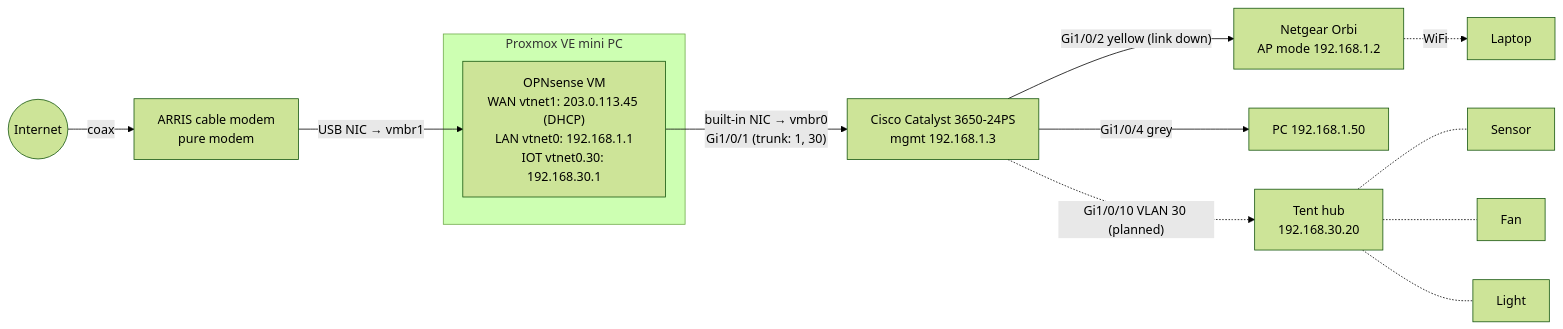
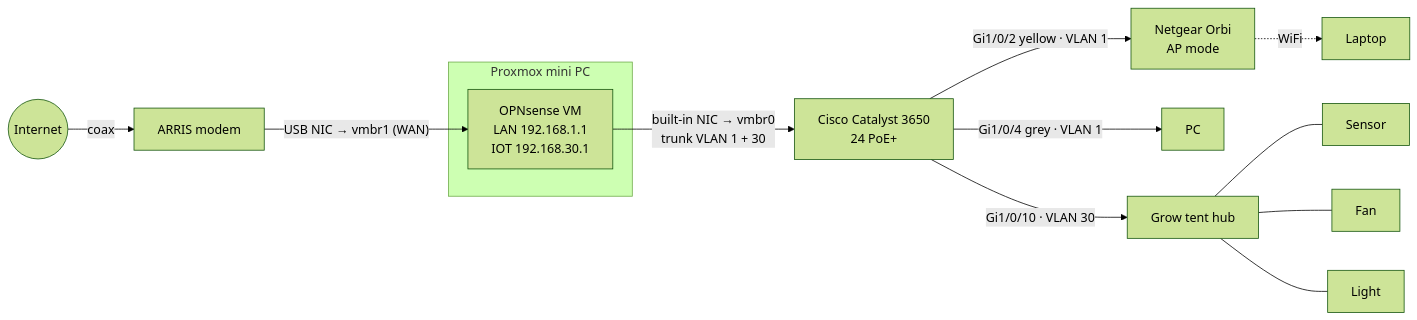
The diagram in README.md (bfdwill/homelab-explainer), drawn with Mermaid (forest theme) before and after one commit. The commit also changed other lines of this file, not shown here.

````diff
--- a/README.md
+++ b/README.md
@@ -16,16 +31,16 @@
 ```mermaid
 flowchart LR
-  inet((Internet)) -- coax --> modem[ARRIS cable modem<br/>pure modem]
-  modem -- "USB NIC → vmbr1" --> wan
-  subgraph px[Proxmox VE mini PC]
-    wan["OPNsense VM<br/>WAN vtnet1: 203.0.113.45 (DHCP)<br/>LAN vtnet0: 192.168.1.1<br/>IOT vtnet0.30: 192.168.30.1"]
+  inet((Internet)) -- coax --> modem[ARRIS modem]
+  modem -- "USB NIC → vmbr1 (WAN)" --> opn
+  subgraph px[Proxmox mini PC]
+    opn["OPNsense VM<br/>LAN 192.168.1.1<br/>IOT 192.168.30.1"]
   end
-  wan -- "built-in NIC → vmbr0<br/>Gi1/0/1 (trunk: 1, 30)" --> sw[Cisco Catalyst 3650-24PS<br/>mgmt 192.168.1.3]
-  sw -- "Gi1/0/2 yellow (link down)" --> orbi[Netgear Orbi<br/>AP mode 192.168.1.2]
+  opn -- "built-in NIC → vmbr0<br/>trunk VLAN 1 + 30" --> sw[Cisco Catalyst 3650<br/>24 PoE+]
+  sw -- "Gi1/0/2 yellow · VLAN 1" --> orbi[Netgear Orbi<br/>AP mode]
   orbi -. WiFi .-> laptop[Laptop]
-  sw -- "Gi1/0/4 grey" --> pc[PC 192.168.1.50]
-  sw -. "Gi1/0/10 VLAN 30 (planned)" .-> hub[Tent hub<br/>192.168.30.20]
-  hub -.- sensor[Sensor]
-  hub -.- fan[Fan]
-  hub -.- light[Light]
+  sw -- "Gi1/0/4 grey · VLAN 1" --> pc[PC]
+  sw -- "Gi1/0/10 · VLAN 30" --> hub[Grow tent hub]
+  hub --- sensor[Sensor]
+  hub --- fan[Fan]
+  hub --- light[Light]
 ```
````
